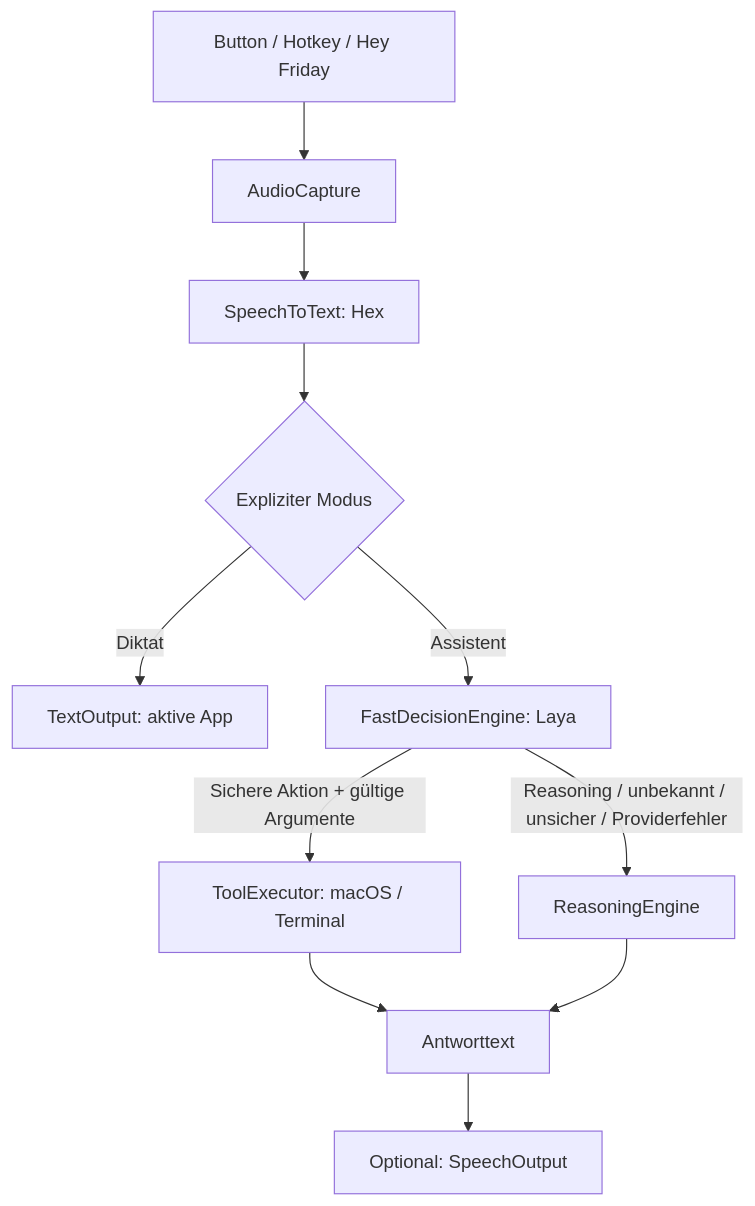
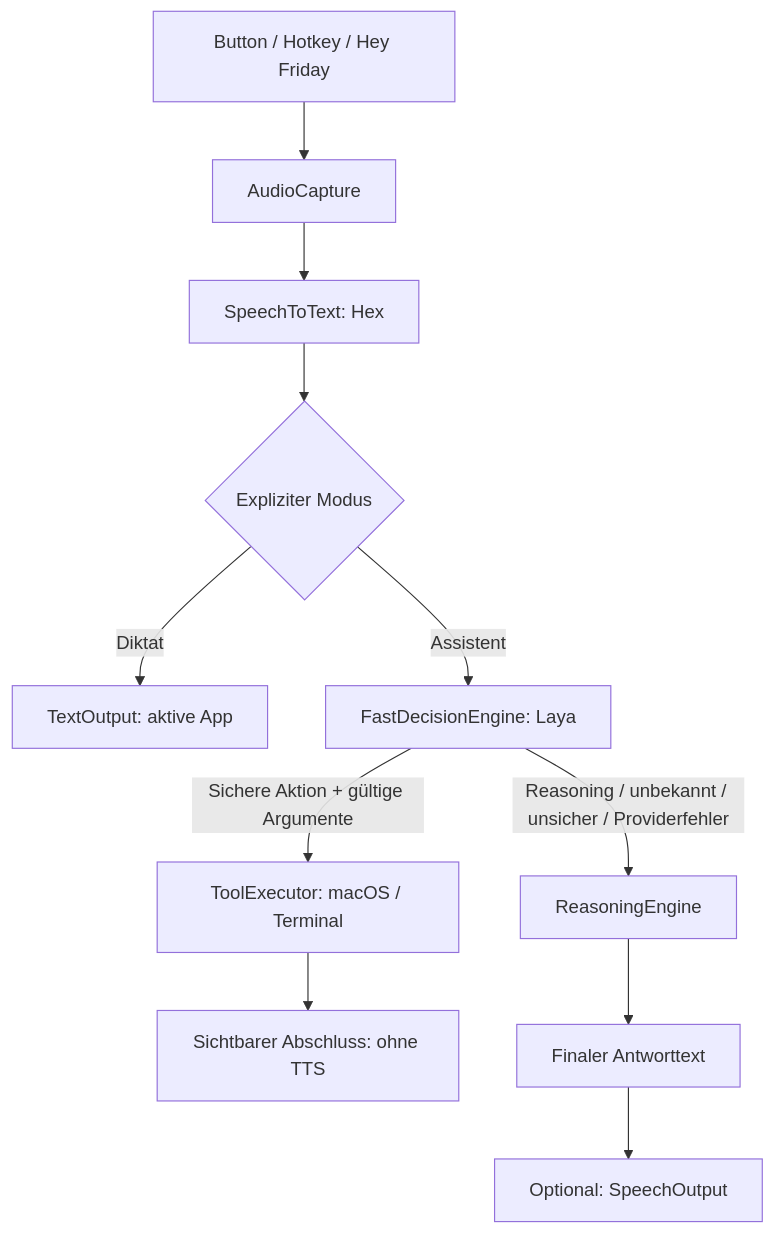
The diagram in docs/architecture.md (Taanel/hackday-2026-10-04), drawn with Mermaid before and after one commit. The commit also changed other lines of this file and 33 other files, not shown here.

````diff
--- a/docs/architecture.md
+++ b/docs/architecture.md
@@ -6,13 +6,13 @@
 ```mermaid
 flowchart TD
     Activation[Button / Hotkey / Hey Friday] --> Capture[AudioCapture]
     Capture --> STT[SpeechToText: Hex]
     STT --> Mode{Expliziter Modus}
     Mode -->|Diktat| Insert[TextOutput: aktive App]
     Mode -->|Assistent| Decision[FastDecisionEngine: Laya]
     Decision -->|Sichere Aktion + gültige Argumente| Tools[ToolExecutor: macOS / Terminal]
     Decision -->|Reasoning / unbekannt / unsicher / Providerfehler| LLM[ReasoningEngine]
-    Tools --> Reply[Antworttext]
-    LLM --> Reply
+    Tools --> Complete[Sichtbarer Abschluss: ohne TTS]
+    LLM --> Reply[Finaler Antworttext]
     Reply --> TTS[Optional: SpeechOutput]
 ```
````
